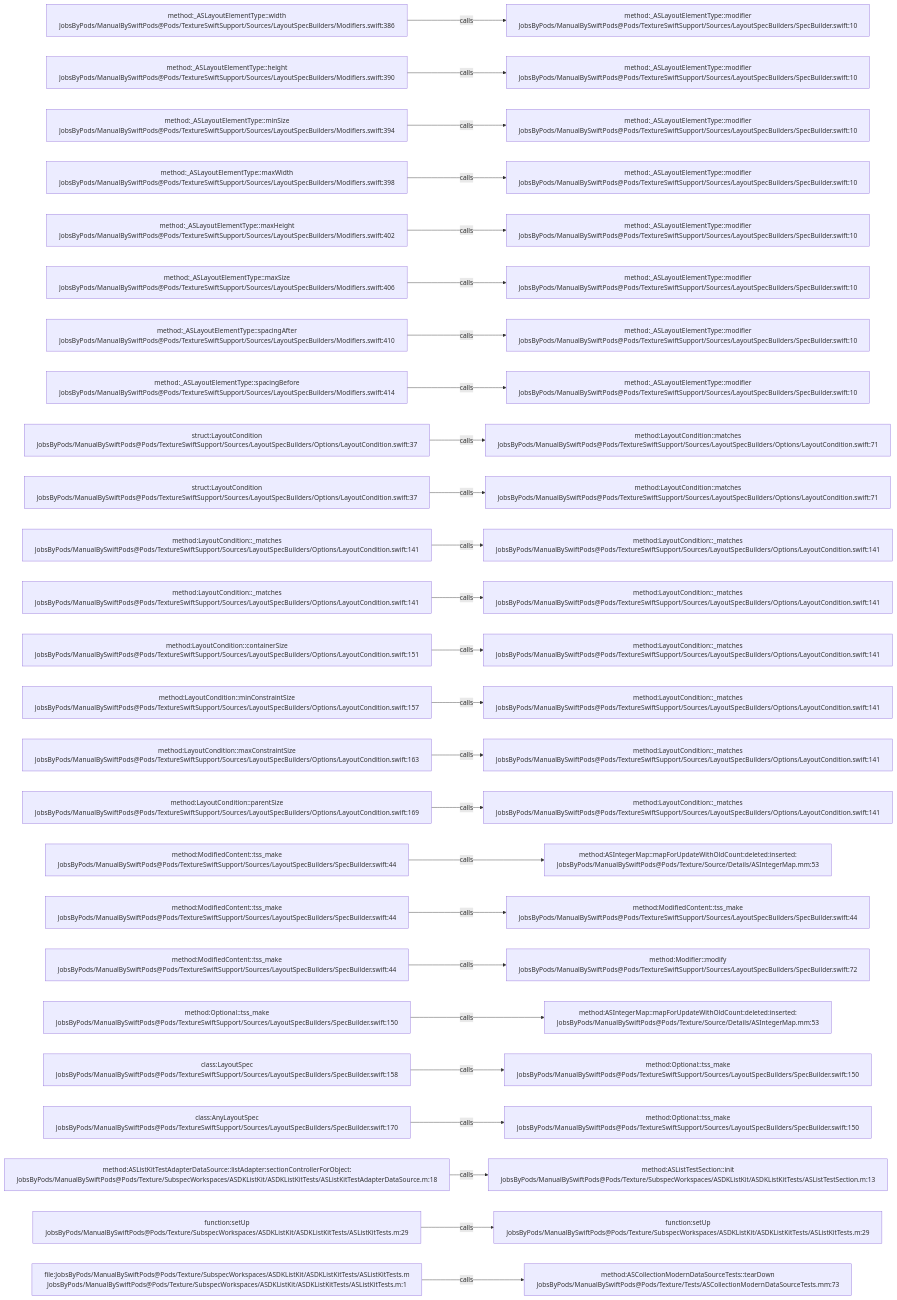
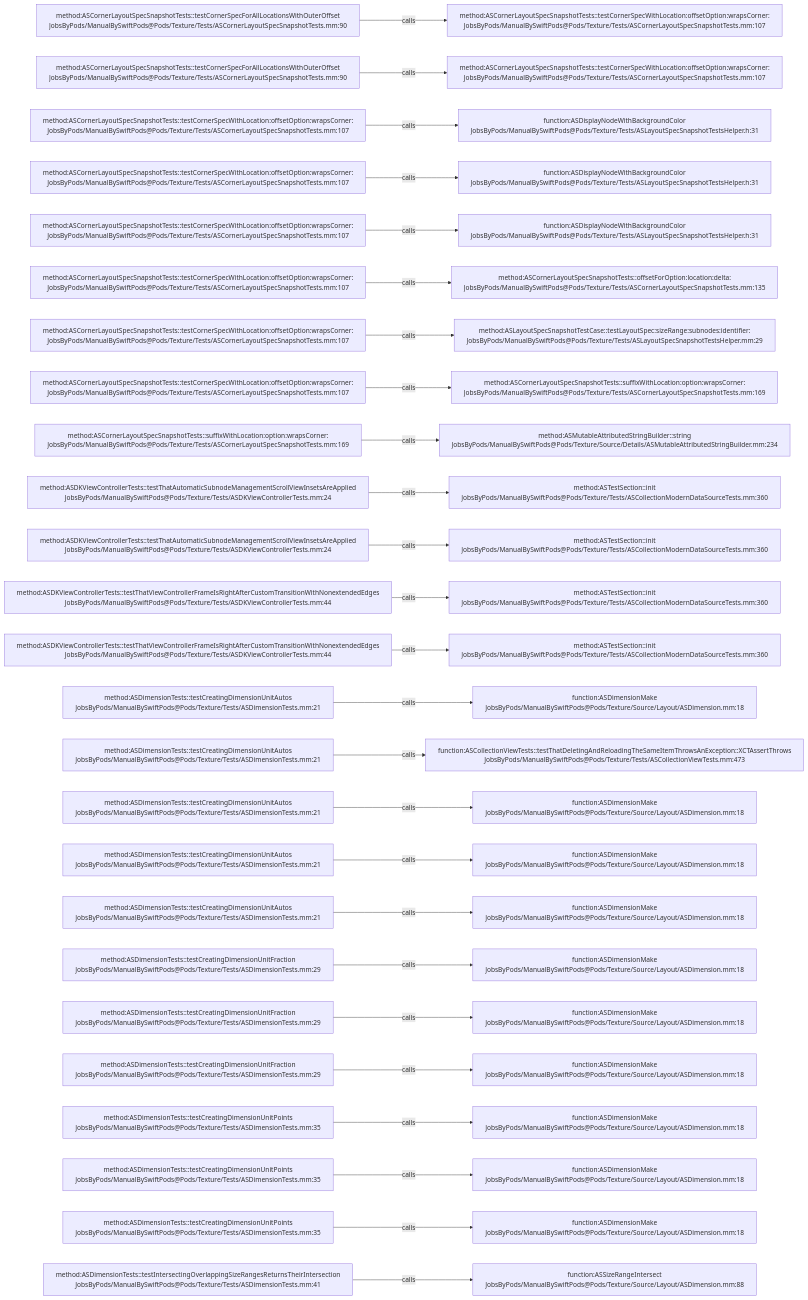
Before and after one commit to JobsKits/JobsSwiftBaseConfigDemo: the diagram in .codegraph/codegraph.md/graphs/calls-178.md, drawn with Mermaid. The commit also changed 832 other files, not shown here.

````diff
--- a/.codegraph/codegraph.md/graphs/calls-178.md
+++ b/.codegraph/codegraph.md/graphs/calls-178.md
@@ -13,78 +13,78 @@
 ```mermaid
 flowchart LR
-  S1["method:_ASLayoutElementType::width<br/>JobsByPods/ManualBySwiftPods@Pods/TextureSwiftSupport/Sources/LayoutSpecBuilders/Modifiers.swift:386"]
-  T1["method:_ASLayoutElementType::modifier<br/>JobsByPods/ManualBySwiftPods@Pods/TextureSwiftSupport/Sources/LayoutSpecBuilders/SpecBuilder.swift:10"]
+  S1["method:ASCornerLayoutSpecSnapshotTests::testCornerSpecForAllLocationsWithOuterOffset<br/>JobsByPods/ManualBySwiftPods@Pods/Texture/Tests/ASCornerLayoutSpecSnapshotTests.mm:90"]
+  T1["method:ASCornerLayoutSpecSnapshotTests::testCornerSpecWithLocation:offsetOption:wrapsCorner:<br/>JobsByPods/ManualBySwiftPods@Pods/Texture/Tests/ASCornerLayoutSpecSnapshotTests.mm:107"]
   S1 -->|calls| T1
-  S2["method:_ASLayoutElementType::height<br/>JobsByPods/ManualBySwiftPods@Pods/TextureSwiftSupport/Sources/LayoutSpecBuilders/Modifiers.swift:390"]
-  T2["method:_ASLayoutElementType::modifier<br/>JobsByPods/ManualBySwiftPods@Pods/TextureSwiftSupport/Sources/LayoutSpecBuilders/SpecBuilder.swift:10"]
+  S2["method:ASCornerLayoutSpecSnapshotTests::testCornerSpecForAllLocationsWithOuterOffset<br/>JobsByPods/ManualBySwiftPods@Pods/Texture/Tests/ASCornerLayoutSpecSnapshotTests.mm:90"]
+  T2["method:ASCornerLayoutSpecSnapshotTests::testCornerSpecWithLocation:offsetOption:wrapsCorner:<br/>JobsByPods/ManualBySwiftPods@Pods/Texture/Tests/ASCornerLayoutSpecSnapshotTests.mm:107"]
   S2 -->|calls| T2
-  S3["method:_ASLayoutElementType::minSize<br/>JobsByPods/ManualBySwiftPods@Pods/TextureSwiftSupport/Sources/LayoutSpecBuilders/Modifiers.swift:394"]
-  T3["method:_ASLayoutElementType::modifier<br/>JobsByPods/ManualBySwiftPods@Pods/TextureSwiftSupport/Sources/LayoutSpecBuilders/SpecBuilder.swift:10"]
+  S3["method:ASCornerLayoutSpecSnapshotTests::testCornerSpecWithLocation:offsetOption:wrapsCorner:<br/>JobsByPods/ManualBySwiftPods@Pods/Texture/Tests/ASCornerLayoutSpecSnapshotTests.mm:107"]
+  T3["function:ASDisplayNodeWithBackgroundColor<br/>JobsByPods/ManualBySwiftPods@Pods/Texture/Tests/ASLayoutSpecSnapshotTestsHelper.h:31"]
   S3 -->|calls| T3
-  S4["method:_ASLayoutElementType::maxWidth<br/>JobsByPods/ManualBySwiftPods@Pods/TextureSwiftSupport/Sources/LayoutSpecBuilders/Modifiers.swift:398"]
-  T4["method:_ASLayoutElementType::modifier<br/>JobsByPods/ManualBySwiftPods@Pods/TextureSwiftSupport/Sources/LayoutSpecBuilders/SpecBuilder.swift:10"]
+  S4["method:ASCornerLayoutSpecSnapshotTests::testCornerSpecWithLocation:offsetOption:wrapsCorner:<br/>JobsByPods/ManualBySwiftPods@Pods/Texture/Tests/ASCornerLayoutSpecSnapshotTests.mm:107"]
+  T4["function:ASDisplayNodeWithBackgroundColor<br/>JobsByPods/ManualBySwiftPods@Pods/Texture/Tests/ASLayoutSpecSnapshotTestsHelper.h:31"]
   S4 -->|calls| T4
-  S5["method:_ASLayoutElementType::maxHeight<br/>JobsByPods/ManualBySwiftPods@Pods/TextureSwiftSupport/Sources/LayoutSpecBuilders/Modifiers.swift:402"]
-  T5["method:_ASLayoutElementType::modifier<br/>JobsByPods/ManualBySwiftPods@Pods/TextureSwiftSupport/Sources/LayoutSpecBuilders/SpecBuilder.swift:10"]
+  S5["method:ASCornerLayoutSpecSnapshotTests::testCornerSpecWithLocation:offsetOption:wrapsCorner:<br/>JobsByPods/ManualBySwiftPods@Pods/Texture/Tests/ASCornerLayoutSpecSnapshotTests.mm:107"]
+  T5["function:ASDisplayNodeWithBackgroundColor<br/>JobsByPods/ManualBySwiftPods@Pods/Texture/Tests/ASLayoutSpecSnapshotTestsHelper.h:31"]
   S5 -->|calls| T5
-  S6["method:_ASLayoutElementType::maxSize<br/>JobsByPods/ManualBySwiftPods@Pods/TextureSwiftSupport/Sources/LayoutSpecBuilders/Modifiers.swift:406"]
-  T6["method:_ASLayoutElementType::modifier<br/>JobsByPods/ManualBySwiftPods@Pods/TextureSwiftSupport/Sources/LayoutSpecBuilders/SpecBuilder.swift:10"]
+  S6["method:ASCornerLayoutSpecSnapshotTests::testCornerSpecWithLocation:offsetOption:wrapsCorner:<br/>JobsByPods/ManualBySwiftPods@Pods/Texture/Tests/ASCornerLayoutSpecSnapshotTests.mm:107"]
+  T6["method:ASCornerLayoutSpecSnapshotTests::offsetForOption:location:delta:<br/>JobsByPods/ManualBySwiftPods@Pods/Texture/Tests/ASCornerLayoutSpecSnapshotTests.mm:135"]
   S6 -->|calls| T6
-  S7["method:_ASLayoutElementType::spacingAfter<br/>JobsByPods/ManualBySwiftPods@Pods/TextureSwiftSupport/Sources/LayoutSpecBuilders/Modifiers.swift:410"]
-  T7["method:_ASLayoutElementType::modifier<br/>JobsByPods/ManualBySwiftPods@Pods/TextureSwiftSupport/Sources/LayoutSpecBuilders/SpecBuilder.swift:10"]
+  S7["method:ASCornerLayoutSpecSnapshotTests::testCornerSpecWithLocation:offsetOption:wrapsCorner:<br/>JobsByPods/ManualBySwiftPods@Pods/Texture/Tests/ASCornerLayoutSpecSnapshotTests.mm:107"]
+  T7["method:ASLayoutSpecSnapshotTestCase::testLayoutSpec:sizeRange:subnodes:identifier:<br/>JobsByPods/ManualBySwiftPods@Pods/Texture/Tests/ASLayoutSpecSnapshotTestsHelper.mm:29"]
   S7 -->|calls| T7
-  S8["method:_ASLayoutElementType::spacingBefore<br/>JobsByPods/ManualBySwiftPods@Pods/TextureSwiftSupport/Sources/LayoutSpecBuilders/Modifiers.swift:414"]
-  T8["method:_ASLayoutElementType::modifier<br/>JobsByPods/ManualBySwiftPods@Pods/TextureSwiftSupport/Sources/LayoutSpecBuilders/SpecBuilder.swift:10"]
+  S8["method:ASCornerLayoutSpecSnapshotTests::testCornerSpecWithLocation:offsetOption:wrapsCorner:<br/>JobsByPods/ManualBySwiftPods@Pods/Texture/Tests/ASCornerLayoutSpecSnapshotTests.mm:107"]
+  T8["method:ASCornerLayoutSpecSnapshotTests::suffixWithLocation:option:wrapsCorner:<br/>JobsByPods/ManualBySwiftPods@Pods/Texture/Tests/ASCornerLayoutSpecSnapshotTests.mm:169"]
   S8 -->|calls| T8
-  S9["struct:LayoutCondition<br/>JobsByPods/ManualBySwiftPods@Pods/TextureSwiftSupport/Sources/LayoutSpecBuilders/Options/LayoutCondition.swift:37"]
-  T9["method:LayoutCondition::matches<br/>JobsByPods/ManualBySwiftPods@Pods/TextureSwiftSupport/Sources/LayoutSpecBuilders/Options/LayoutCondition.swift:71"]
+  S9["method:ASCornerLayoutSpecSnapshotTests::suffixWithLocation:option:wrapsCorner:<br/>JobsByPods/ManualBySwiftPods@Pods/Texture/Tests/ASCornerLayoutSpecSnapshotTests.mm:169"]
+  T9["method:ASMutableAttributedStringBuilder::string<br/>JobsByPods/ManualBySwiftPods@Pods/Texture/Source/Details/ASMutableAttributedStringBuilder.mm:234"]
   S9 -->|calls| T9
-  S10["struct:LayoutCondition<br/>JobsByPods/ManualBySwiftPods@Pods/TextureSwiftSupport/Sources/LayoutSpecBuilders/Options/LayoutCondition.swift:37"]
-  T10["method:LayoutCondition::matches<br/>JobsByPods/ManualBySwiftPods@Pods/TextureSwiftSupport/Sources/LayoutSpecBuilders/Options/LayoutCondition.swift:71"]
+  S10["method:ASDKViewControllerTests::testThatAutomaticSubnodeManagementScrollViewInsetsAreApplied<br/>JobsByPods/ManualBySwiftPods@Pods/Texture/Tests/ASDKViewControllerTests.mm:24"]
+  T10["method:ASTestSection::init<br/>JobsByPods/ManualBySwiftPods@Pods/Texture/Tests/ASCollectionModernDataSourceTests.mm:360"]
   S10 -->|calls| T10
-  S11["method:LayoutCondition::_matches<br/>JobsByPods/ManualBySwiftPods@Pods/TextureSwiftSupport/Sources/LayoutSpecBuilders/Options/LayoutCondition.swift:141"]
-  T11["method:LayoutCondition::_matches<br/>JobsByPods/ManualBySwiftPods@Pods/TextureSwiftSupport/Sources/LayoutSpecBuilders/Options/LayoutCondition.swift:141"]
+  S11["method:ASDKViewControllerTests::testThatAutomaticSubnodeManagementScrollViewInsetsAreApplied<br/>JobsByPods/ManualBySwiftPods@Pods/Texture/Tests/ASDKViewControllerTests.mm:24"]
+  T11["method:ASTestSection::init<br/>JobsByPods/ManualBySwiftPods@Pods/Texture/Tests/ASCollectionModernDataSourceTests.mm:360"]
   S11 -->|calls| T11
-  S12["method:LayoutCondition::_matches<br/>JobsByPods/ManualBySwiftPods@Pods/TextureSwiftSupport/Sources/LayoutSpecBuilders/Options/LayoutCondition.swift:141"]
-  T12["method:LayoutCondition::_matches<br/>JobsByPods/ManualBySwiftPods@Pods/TextureSwiftSupport/Sources/LayoutSpecBuilders/Options/LayoutCondition.swift:141"]
+  S12["method:ASDKViewControllerTests::testThatViewControllerFrameIsRightAfterCustomTransitionWithNonextendedEdges<br/>JobsByPods/ManualBySwiftPods@Pods/Texture/Tests/ASDKViewControllerTests.mm:44"]
+  T12["method:ASTestSection::init<br/>JobsByPods/ManualBySwiftPods@Pods/Texture/Tests/ASCollectionModernDataSourceTests.mm:360"]
   S12 -->|calls| T12
-  S13["method:LayoutCondition::containerSize<br/>JobsByPods/ManualBySwiftPods@Pods/TextureSwiftSupport/Sources/LayoutSpecBuilders/Options/LayoutCondition.swift:151"]
-  T13["method:LayoutCondition::_matches<br/>JobsByPods/ManualBySwiftPods@Pods/TextureSwiftSupport/Sources/LayoutSpecBuilders/Options/LayoutCondition.swift:141"]
+  S13["method:ASDKViewControllerTests::testThatViewControllerFrameIsRightAfterCustomTransitionWithNonextendedEdges<br/>JobsByPods/ManualBySwiftPods@Pods/Texture/Tests/ASDKViewControllerTests.mm:44"]
+  T13["method:ASTestSection::init<br/>JobsByPods/ManualBySwiftPods@Pods/Texture/Tests/ASCollectionModernDataSourceTests.mm:360"]
   S13 -->|calls| T13
-  S14["method:LayoutCondition::minConstraintSize<br/>JobsByPods/ManualBySwiftPods@Pods/TextureSwiftSupport/Sources/LayoutSpecBuilders/Options/LayoutCondition.swift:157"]
-  T14["method:LayoutCondition::_matches<br/>JobsByPods/ManualBySwiftPods@Pods/TextureSwiftSupport/Sources/LayoutSpecBuilders/Options/LayoutCondition.swift:141"]
+  S14["method:ASDimensionTests::testCreatingDimensionUnitAutos<br/>JobsByPods/ManualBySwiftPods@Pods/Texture/Tests/ASDimensionTests.mm:21"]
+  T14["function:ASDimensionMake<br/>JobsByPods/ManualBySwiftPods@Pods/Texture/Source/Layout/ASDimension.mm:18"]
   S14 -->|calls| T14
-  S15["method:LayoutCondition::maxConstraintSize<br/>JobsByPods/ManualBySwiftPods@Pods/TextureSwiftSupport/Sources/LayoutSpecBuilders/Options/LayoutCondition.swift:163"]
-  T15["method:LayoutCondition::_matches<br/>JobsByPods/ManualBySwiftPods@Pods/TextureSwiftSupport/Sources/LayoutSpecBuilders/Options/LayoutCondition.swift:141"]
+  S15["method:ASDimensionTests::testCreatingDimensionUnitAutos<br/>JobsByPods/ManualBySwiftPods@Pods/Texture/Tests/ASDimensionTests.mm:21"]
+  T15["function:ASCollectionViewTests::testThatDeletingAndReloadingTheSameItemThrowsAnException::XCTAssertThrows<br/>JobsByPods/ManualBySwiftPods@Pods/Texture/Tests/ASCollectionViewTests.mm:473"]
   S15 -->|calls| T15
-  S16["method:LayoutCondition::parentSize<br/>JobsByPods/ManualBySwiftPods@Pods/TextureSwiftSupport/Sources/LayoutSpecBuilders/Options/LayoutCondition.swift:169"]
-  T16["method:LayoutCondition::_matches<br/>JobsByPods/ManualBySwiftPods@Pods/TextureSwiftSupport/Sources/LayoutSpecBuilders/Options/LayoutCondition.swift:141"]
+  S16["method:ASDimensionTests::testCreatingDimensionUnitAutos<br/>JobsByPods/ManualBySwiftPods@Pods/Texture/Tests/ASDimensionTests.mm:21"]
+  T16["function:ASDimensionMake<br/>JobsByPods/ManualBySwiftPods@Pods/Texture/Source/Layout/ASDimension.mm:18"]
   S16 -->|calls| T16
-  S17["method:ModifiedContent::tss_make<br/>JobsByPods/ManualBySwiftPods@Pods/TextureSwiftSupport/Sources/LayoutSpecBuilders/SpecBuilder.swift:44"]
-  T17["method:ASIntegerMap::mapForUpdateWithOldCount:deleted:inserted:<br/>JobsByPods/ManualBySwiftPods@Pods/Texture/Source/Details/ASIntegerMap.mm:53"]
+  S17["method:ASDimensionTests::testCreatingDimensionUnitAutos<br/>JobsByPods/ManualBySwiftPods@Pods/Texture/Tests/ASDimensionTests.mm:21"]
+  T17["function:ASDimensionMake<br/>JobsByPods/ManualBySwiftPods@Pods/Texture/Source/Layout/ASDimension.mm:18"]
   S17 -->|calls| T17
-  S18["method:ModifiedContent::tss_make<br/>JobsByPods/ManualBySwiftPods@Pods/TextureSwiftSupport/Sources/LayoutSpecBuilders/SpecBuilder.swift:44"]
-  T18["method:ModifiedContent::tss_make<br/>JobsByPods/ManualBySwiftPods@Pods/TextureSwiftSupport/Sources/LayoutSpecBuilders/SpecBuilder.swift:44"]
+  S18["method:ASDimensionTests::testCreatingDimensionUnitAutos<br/>JobsByPods/ManualBySwiftPods@Pods/Texture/Tests/ASDimensionTests.mm:21"]
+  T18["function:ASDimensionMake<br/>JobsByPods/ManualBySwiftPods@Pods/Texture/Source/Layout/ASDimension.mm:18"]
   S18 -->|calls| T18
-  S19["method:ModifiedContent::tss_make<br/>JobsByPods/ManualBySwiftPods@Pods/TextureSwiftSupport/Sources/LayoutSpecBuilders/SpecBuilder.swift:44"]
-  T19["method:Modifier::modify<br/>JobsByPods/ManualBySwiftPods@Pods/TextureSwiftSupport/Sources/LayoutSpecBuilders/SpecBuilder.swift:72"]
+  S19["method:ASDimensionTests::testCreatingDimensionUnitFraction<br/>JobsByPods/ManualBySwiftPods@Pods/Texture/Tests/ASDimensionTests.mm:29"]
+  T19["function:ASDimensionMake<br/>JobsByPods/ManualBySwiftPods@Pods/Texture/Source/Layout/ASDimension.mm:18"]
   S19 -->|calls| T19
-  S20["method:Optional::tss_make<br/>JobsByPods/ManualBySwiftPods@Pods/TextureSwiftSupport/Sources/LayoutSpecBuilders/SpecBuilder.swift:150"]
-  T20["method:ASIntegerMap::mapForUpdateWithOldCount:deleted:inserted:<br/>JobsByPods/ManualBySwiftPods@Pods/Texture/Source/Details/ASIntegerMap.mm:53"]
+  S20["method:ASDimensionTests::testCreatingDimensionUnitFraction<br/>JobsByPods/ManualBySwiftPods@Pods/Texture/Tests/ASDimensionTests.mm:29"]
+  T20["function:ASDimensionMake<br/>JobsByPods/ManualBySwiftPods@Pods/Texture/Source/Layout/ASDimension.mm:18"]
   S20 -->|calls| T20
-  S21["class:LayoutSpec<br/>JobsByPods/ManualBySwiftPods@Pods/TextureSwiftSupport/Sources/LayoutSpecBuilders/SpecBuilder.swift:158"]
-  T21["method:Optional::tss_make<br/>JobsByPods/ManualBySwiftPods@Pods/TextureSwiftSupport/Sources/LayoutSpecBuilders/SpecBuilder.swift:150"]
+  S21["method:ASDimensionTests::testCreatingDimensionUnitFraction<br/>JobsByPods/ManualBySwiftPods@Pods/Texture/Tests/ASDimensionTests.mm:29"]
+  T21["function:ASDimensionMake<br/>JobsByPods/ManualBySwiftPods@Pods/Texture/Source/Layout/ASDimension.mm:18"]
   S21 -->|calls| T21
-  S22["class:AnyLayoutSpec<br/>JobsByPods/ManualBySwiftPods@Pods/TextureSwiftSupport/Sources/LayoutSpecBuilders/SpecBuilder.swift:170"]
-  T22["method:Optional::tss_make<br/>JobsByPods/ManualBySwiftPods@Pods/TextureSwiftSupport/Sources/LayoutSpecBuilders/SpecBuilder.swift:150"]
+  S22["method:ASDimensionTests::testCreatingDimensionUnitPoints<br/>JobsByPods/ManualBySwiftPods@Pods/Texture/Tests/ASDimensionTests.mm:35"]
+  T22["function:ASDimensionMake<br/>JobsByPods/ManualBySwiftPods@Pods/Texture/Source/Layout/ASDimension.mm:18"]
   S22 -->|calls| T22
-  S23["method:ASListKitTestAdapterDataSource::listAdapter:sectionControllerForObject:<br/>JobsByPods/ManualBySwiftPods@Pods/Texture/SubspecWorkspaces/ASDKListKit/ASDKListKitTests/ASListKitTestAdapterDataSource.m:18"]
-  T23["method:ASListTestSection::init<br/>JobsByPods/ManualBySwiftPods@Pods/Texture/SubspecWorkspaces/ASDKListKit/ASDKListKitTests/ASListTestSection.m:13"]
+  S23["method:ASDimensionTests::testCreatingDimensionUnitPoints<br/>JobsByPods/ManualBySwiftPods@Pods/Texture/Tests/ASDimensionTests.mm:35"]
+  T23["function:ASDimensionMake<br/>JobsByPods/ManualBySwiftPods@Pods/Texture/Source/Layout/ASDimension.mm:18"]
   S23 -->|calls| T23
-  S24["function:setUp<br/>JobsByPods/ManualBySwiftPods@Pods/Texture/SubspecWorkspaces/ASDKListKit/ASDKListKitTests/ASListKitTests.m:29"]
-  T24["function:setUp<br/>JobsByPods/ManualBySwiftPods@Pods/Texture/SubspecWorkspaces/ASDKListKit/ASDKListKitTests/ASListKitTests.m:29"]
+  S24["method:ASDimensionTests::testCreatingDimensionUnitPoints<br/>JobsByPods/ManualBySwiftPods@Pods/Texture/Tests/ASDimensionTests.mm:35"]
+  T24["function:ASDimensionMake<br/>JobsByPods/ManualBySwiftPods@Pods/Texture/Source/Layout/ASDimension.mm:18"]
   S24 -->|calls| T24
-  S25["file:JobsByPods/ManualBySwiftPods@Pods/Texture/SubspecWorkspaces/ASDKListKit/ASDKListKitTests/ASListKitTests.m<br/>JobsByPods/ManualBySwiftPods@Pods/Texture/SubspecWorkspaces/ASDKListKit/ASDKListKitTests/ASListKitTests.m:1"]
-  T25["method:ASCollectionModernDataSourceTests::tearDown<br/>JobsByPods/ManualBySwiftPods@Pods/Texture/Tests/ASCollectionModernDataSourceTests.mm:73"]
+  S25["method:ASDimensionTests::testIntersectingOverlappingSizeRangesReturnsTheirIntersection<br/>JobsByPods/ManualBySwiftPods@Pods/Texture/Tests/ASDimensionTests.mm:41"]
+  T25["function:ASSizeRangeIntersect<br/>JobsByPods/ManualBySwiftPods@Pods/Texture/Source/Layout/ASDimension.mm:88"]
   S25 -->|calls| T25
 ```
````
